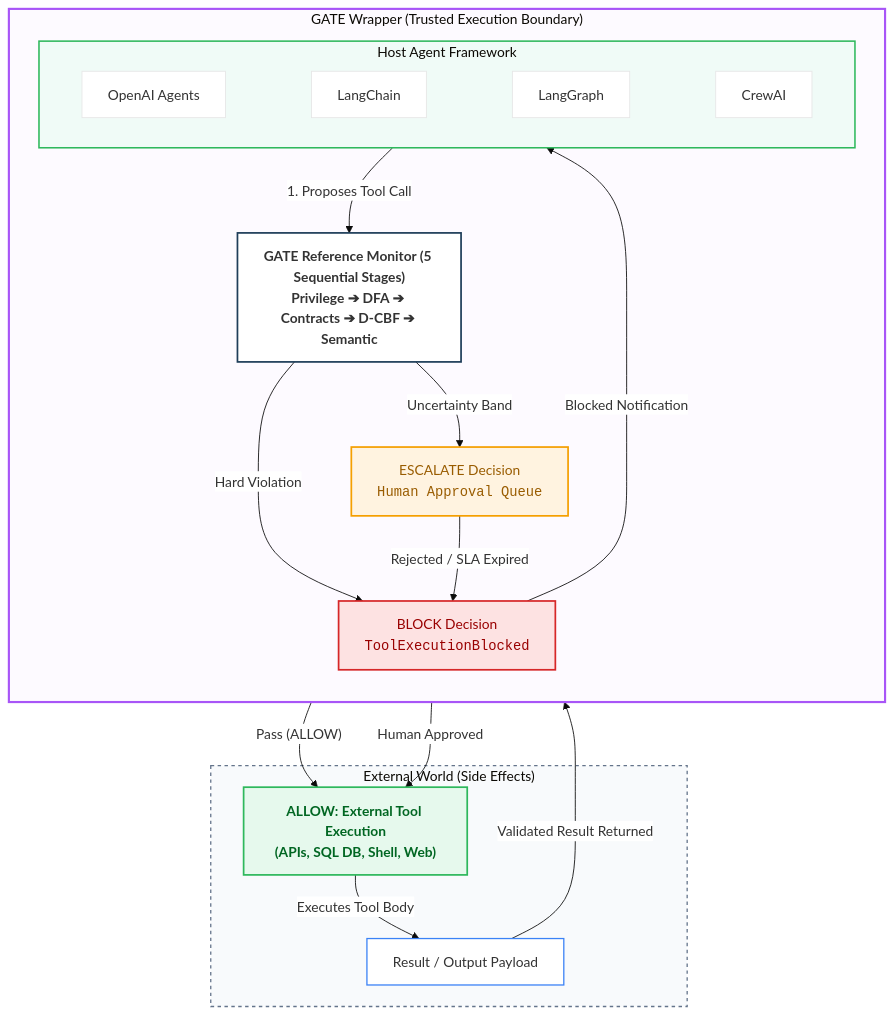
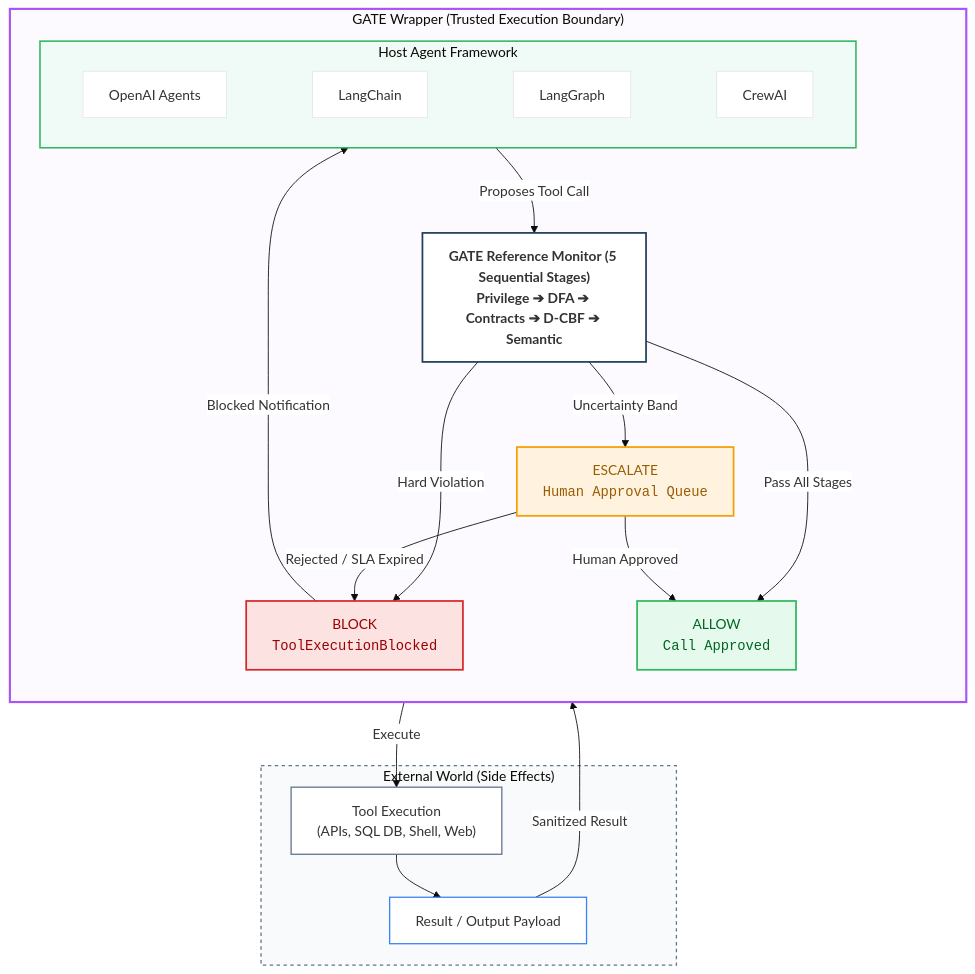
The diagram in README.md (CharafeddineMechalikh/GATE), drawn with Mermaid before and after one commit.

Commit message:
docs: move ALLOW decision inside GATE boundary, only execution exits

````diff
--- a/README.md
+++ b/README.md
@@ -93,44 +93,47 @@
 ```mermaid
 %%{init: {'theme': 'base', 'themeVariables': { 'primaryColor': '#ffffff', 'edgeLabelBackground':'#ffffff', 'tertiaryColor': '#f4f6fb'}}}%%
 flowchart TD
     subgraph GATE_Boundary["GATE Wrapper (Trusted Execution Boundary)"]
         direction TB
 
         subgraph Host["Host Agent Framework"]
             direction LR
             OA["OpenAI Agents"] ~~~ LC["LangChain"] ~~~ LG["LangGraph"] ~~~ CW["CrewAI"]
         end
 
         M["GATE Reference Monitor (5 Sequential Stages)<br><b>Privilege ➔ DFA ➔ Contracts ➔ D-CBF ➔ Semantic</b>"]
-        
-        B_NODE["BLOCK Decision<br><code>ToolExecutionBlocked</code>"]
-        E_NODE["ESCALATE Decision<br><code>Human Approval Queue</code>"]
 
-        Host -->|"1. Proposes Tool Call"| M
+        B_NODE["BLOCK<br><code>ToolExecutionBlocked</code>"]
+        E_NODE["ESCALATE<br><code>Human Approval Queue</code>"]
+        A_NODE["ALLOW<br><code>Call Approved</code>"]
+
+        Host -->|"Proposes Tool Call"| M
         M -->|"Hard Violation"| B_NODE
         M -->|"Uncertainty Band"| E_NODE
+        M -->|"Pass All Stages"| A_NODE
 
         B_NODE -->|"Blocked Notification"| Host
         E_NODE -->|"Rejected / SLA Expired"| B_NODE
+        E_NODE -->|"Human Approved"| A_NODE
     end
 
     %% External World (Outside GATE Boundary)
     subgraph External["External World (Side Effects)"]
-        EXT["ALLOW: External Tool Execution<br>(APIs, SQL DB, Shell, Web)"]
+        EXT["Tool Execution<br>(APIs, SQL DB, Shell, Web)"]
         RES["Result / Output Payload"]
     end
 
-    M -->|"Pass (ALLOW)"| EXT
-    E_NODE -->|"Human Approved"| EXT
-    EXT -->|"Executes Tool Body"| RES
-    RES -->|"Validated Result Returned"| Host
+    A_NODE -->|"Execute"| EXT
+    EXT --> RES
+    RES -->|"Sanitized Result"| Host
 
     style GATE_Boundary fill:#fdfaff,stroke:#a855f7,stroke-width:2.5px
     style Host fill:#f0fbf7,stroke:#2eb85c,stroke-width:1.8px
     style M fill:#ffffff,stroke:#1e3d59,stroke-width:2px,font-weight:bold
     style B_NODE fill:#fde2e2,stroke:#d62728,stroke-width:2px,color:#990000
     style E_NODE fill:#fff3e0,stroke:#f59f00,stroke-width:2px,color:#995c00
+    style A_NODE fill:#e6f9ed,stroke:#2eb85c,stroke-width:2px,color:#006622
     style External fill:#f8fafc,stroke:#64748b,stroke-width:1.5px,stroke-dasharray: 4 4
-    style EXT fill:#e6f9ed,stroke:#2eb85c,stroke-width:2px,color:#006622,font-weight:bold
+    style EXT fill:#ffffff,stroke:#64748b,stroke-width:1.5px
     style RES fill:#ffffff,stroke:#3b82f6,stroke-width:1.5px
 ```
````
